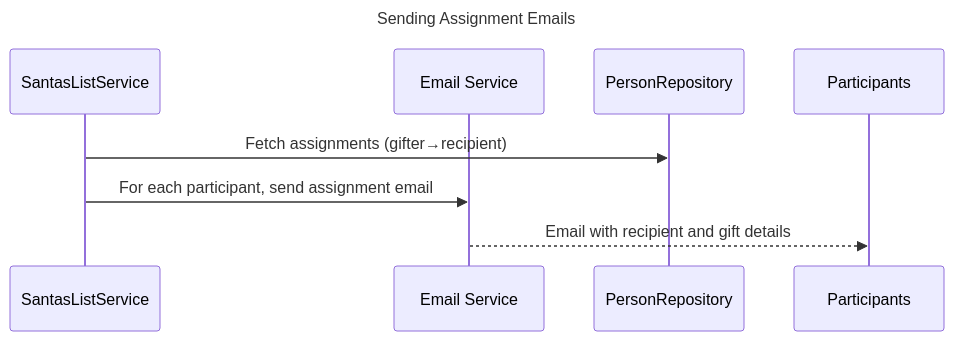
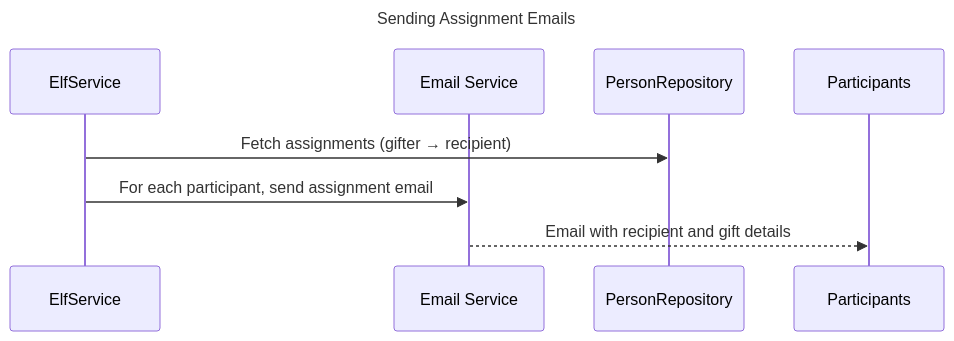
Before and after one commit to Oluwagbemiga13/secret-santa: the sixth of 6 diagrams in README.md, drawn with Mermaid. The commit also changed other lines of this file, not shown here.

````diff
--- a/README.md
+++ b/README.md
@@ -370,15 +388,15 @@
 ```mermaid
 ---
 title: Sending Assignment Emails
 ---
 
 sequenceDiagram
-    participant ListSvc as SantasListService
+    participant ListSvc as ElfService
     participant EmailSvc as Email Service
     participant PersonRepo as PersonRepository
 
-    ListSvc->>PersonRepo: Fetch assignments (gifter→recipient)
+    ListSvc->>PersonRepo: Fetch assignments (gifter → recipient)
     ListSvc->>EmailSvc: For each participant, send assignment email
     EmailSvc-->>Participants: Email with recipient and gift details
 
 ```
````
